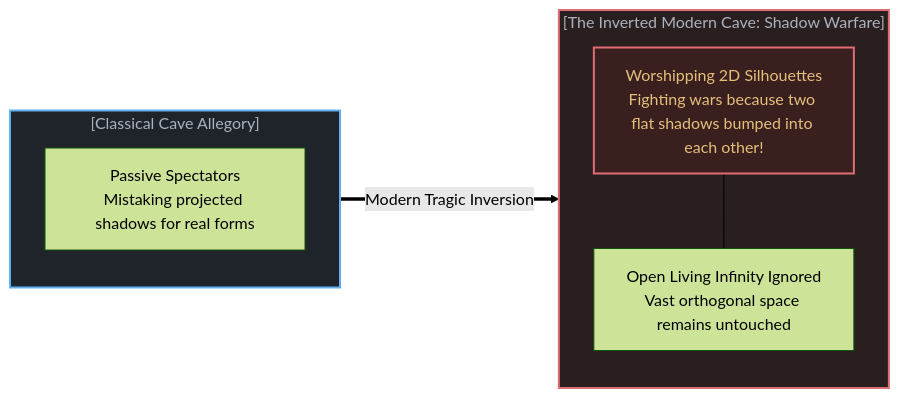
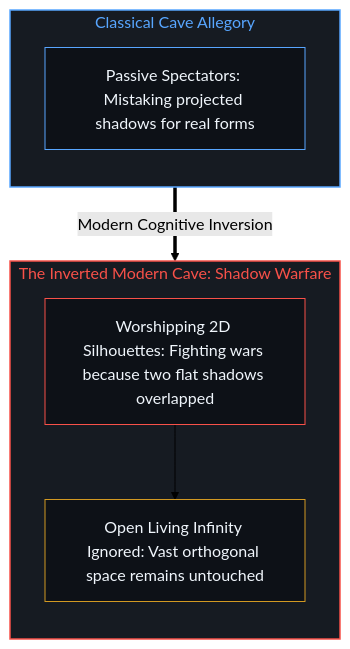
Before and after one commit to powerpig99/not-a-toe: the eighth of 10 diagrams in content/posts/the-shadow-and-the-infinite.md, drawn with Mermaid (forest theme). The commit also changed other lines of this file and 19 other files, not shown here.

````diff
--- a/content/posts/the-shadow-and-the-infinite.md
+++ b/content/posts/the-shadow-and-the-infinite.md
@@ -291,18 +260,22 @@
 ```mermaid
-graph LR
-    subgraph PlatoOriginal["[Classical Cave Allegory]"]
-        PrisonerA["Passive Spectators<br>Mistaking projected shadows for real forms"]
+flowchart TD
+    subgraph PlatoOriginal["Classical Cave Allegory"]
+        direction TB
+        PrisonerA["Passive Spectators: Mistaking projected shadows for real forms"]
     end
 
-    subgraph InvertedCave["[The Inverted Modern Cave: Shadow Warfare]"]
-        ShadowClash["Worshipping 2D Silhouettes<br>Fighting wars because two flat shadows bumped into each other!"]
-        IgnoredInfinity["Open Living Infinity Ignored<br>Vast orthogonal space remains untouched"]
-        ShadowClash --- IgnoredInfinity
+    subgraph InvertedCave["The Inverted Modern Cave: Shadow Warfare"]
+        direction TB
+        ShadowClash["Worshipping 2D Silhouettes: Fighting wars because two flat shadows overlapped"]
+        IgnoredInfinity["Open Living Infinity Ignored: Vast orthogonal space remains untouched"]
+        ShadowClash --> IgnoredInfinity
     end
 
-    PlatoOriginal ==>|"Modern Tragic Inversion"| InvertedCave
+    PrisonerA ==>|"Modern Cognitive Inversion"| ShadowClash
 
-    style PlatoOriginal fill:#1f242a,stroke:#61afef,stroke-width:2px,color:#abb2bf
-    style InvertedCave fill:#2a1f1f,stroke:#e06c75,stroke-width:2px,color:#abb2bf
-    style ShadowClash fill:#3a1f1f,stroke:#e06c75,stroke-width:2px,color:#e5c07b
+    style PlatoOriginal fill:#161b22,stroke:#58a6ff,stroke-width:1.5px,color:#58a6ff
+    style InvertedCave fill:#161b22,stroke:#f85149,stroke-width:1.5px,color:#f85149
+    style PrisonerA fill:#0d1117,stroke:#58a6ff,stroke-width:1px,color:#f0f6fc
+    style ShadowClash fill:#0d1117,stroke:#f85149,stroke-width:1px,color:#f0f6fc
+    style IgnoredInfinity fill:#0d1117,stroke:#d29922,stroke-width:1px,color:#f0f6fc
 ```
````
